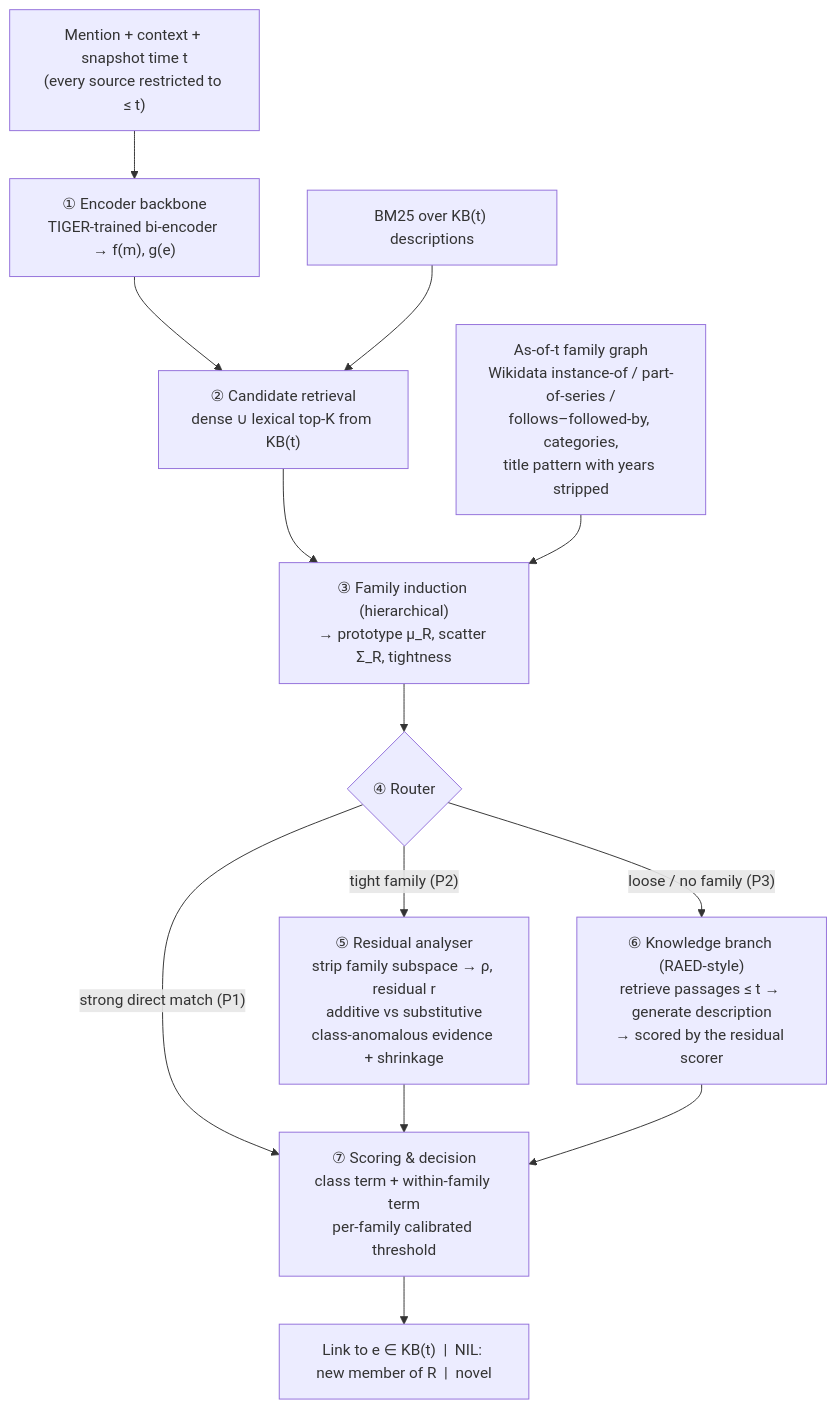
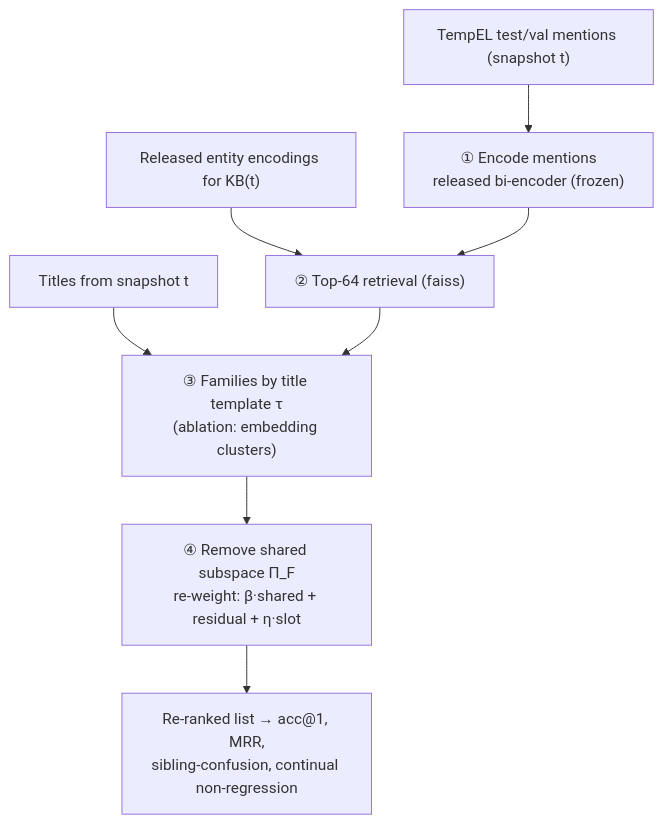
One commit to Aaryan-Degama/RM changed the diagram in PROPOSAL.md. Above: the diagram before and after it, drawn with Mermaid. The commit also changed other lines of this file and 11 other files, not shown here.

First line of the commit message:
Pre-register family re-ranker (B) before the test run

````diff
--- a/PROPOSAL.md
+++ b/PROPOSAL.md
@@ -192,17 +160,10 @@
 ```mermaid
 flowchart TD
-    IN["Mention + context + snapshot time t<br/>(every source restricted to ≤ t)"] --> ENC
-    ENC["① Encoder backbone<br/>TIGER-trained bi-encoder → f(m), g(e)"] --> RET
-    BM["BM25 over KB(t) descriptions"] --> RET
-    RET["② Candidate retrieval<br/>dense ∪ lexical top-K from KB(t)"] --> FAM
-    G["As-of-t family graph<br/>Wikidata instance-of / part-of-series /<br/>follows–followed-by, categories,<br/>title pattern with years stripped"] --> FAM
-    FAM["③ Family induction (hierarchical)<br/>→ prototype μ_R, scatter Σ_R, tightness"] --> RT
-    RT{"④ Router"}
-    RT -- "strong direct match (P1)" --> DEC
-    RT -- "tight family (P2)" --> RES
-    RT -- "loose / no family (P3)" --> RAED
-    RES["⑤ Residual analyser<br/>strip family subspace → ρ, residual r<br/>additive vs substitutive<br/>class-anomalous evidence + shrinkage"] --> DEC
-    RAED["⑥ Knowledge branch (RAED-style)<br/>retrieve passages ≤ t → generate description<br/>→ scored by the residual scorer"] --> DEC
-    DEC["⑦ Scoring & decision<br/>class term + within-family term<br/>per-family calibrated threshold"] --> OUT
-    OUT["Link to e ∈ KB(t)  |  NIL: new member of R  |  novel"]
+    A["TempEL test/val mentions (snapshot t)"] --> B["① Encode mentions<br/>released bi-encoder (frozen)"]
+    E["Released entity encodings for KB(t)"] --> C
+    B --> C["② Top-64 retrieval (faiss)"]
+    T["Titles from snapshot t"] --> D
+    C --> D["③ Families by title template τ<br/>(ablation: embedding clusters)"]
+    D --> R["④ Remove shared subspace Π_F<br/>re-weight: β·shared + residual + η·slot"]
+    R --> O["Re-ranked list → acc@1, MRR,<br/>sibling-confusion, continual non-regression"]
 ```
````
